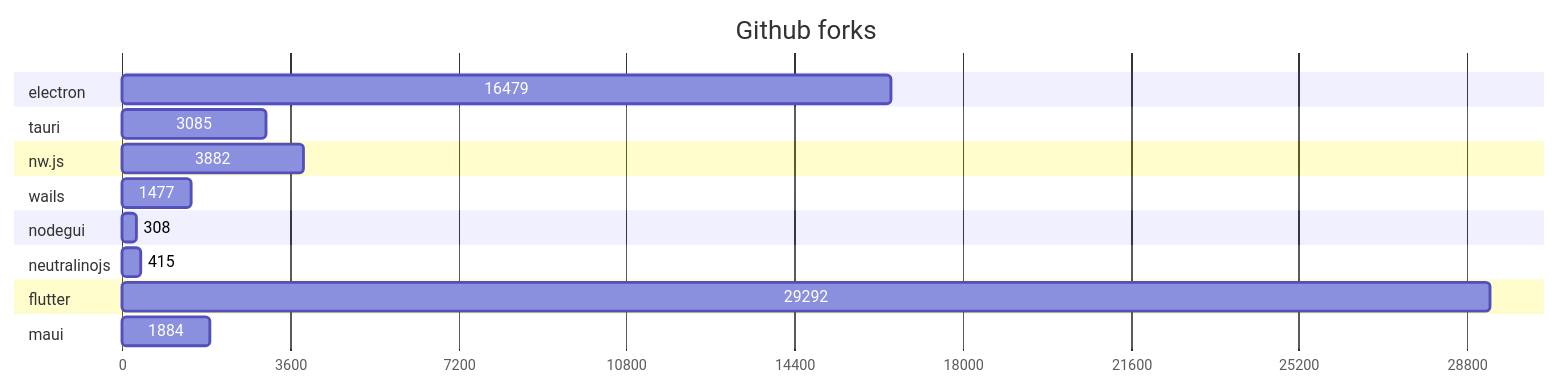
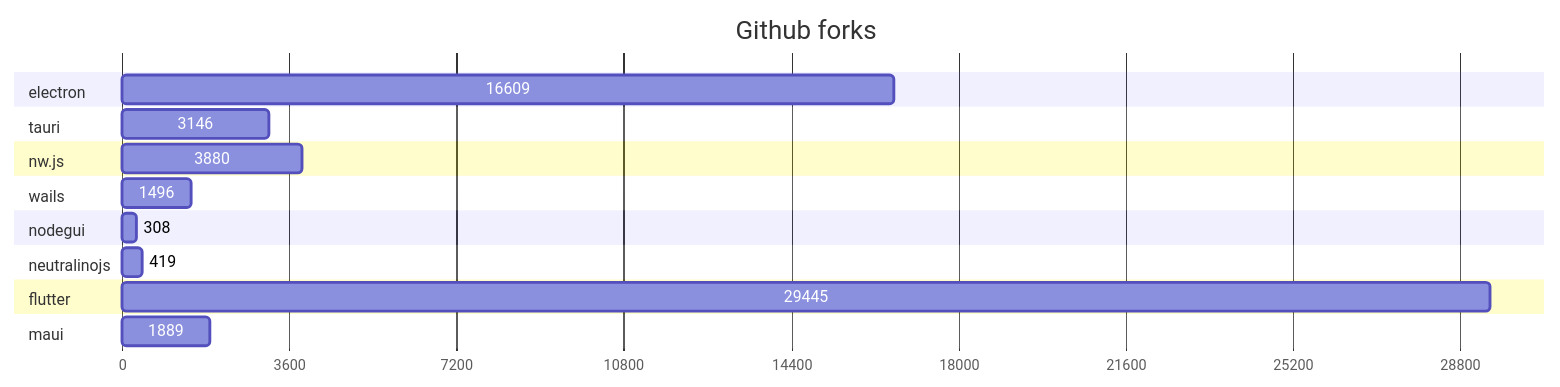
The second of 2 diagrams in GRAPHS.md (Elanis/web-to-desktop-framework-comparison), drawn with Mermaid before and after one commit. The commit also changed other lines of this file and 2 other files, not shown here.

````diff
--- a/GRAPHS.md
+++ b/GRAPHS.md
@@ -47,40 +47,40 @@
 ```mermaid
 gantt
     title Github forks
     dateFormat  X
     axisFormat %s
 
 
 	section electron
-	16479 : 0, 16479
+	16609 : 0, 16609
 
 	
 	section tauri
-	3085 : 0, 3085
+	3146 : 0, 3146
 
 	
 	section nw.js
-	3882 : 0, 3882
+	3880 : 0, 3880
 
 	
 	section wails
-	1477 : 0, 1477
+	1496 : 0, 1496
 
 	
 	section nodegui
 	308 : 0, 308
 
 	
 	section neutralinojs
-	415 : 0, 415
+	419 : 0, 419
 
 	
 	section flutter
-	29292 : 0, 29292
+	29445 : 0, 29445
 
 	
 	section maui
-	1884 : 0, 1884
+	1889 : 0, 1889
 
 	
 ```
````
